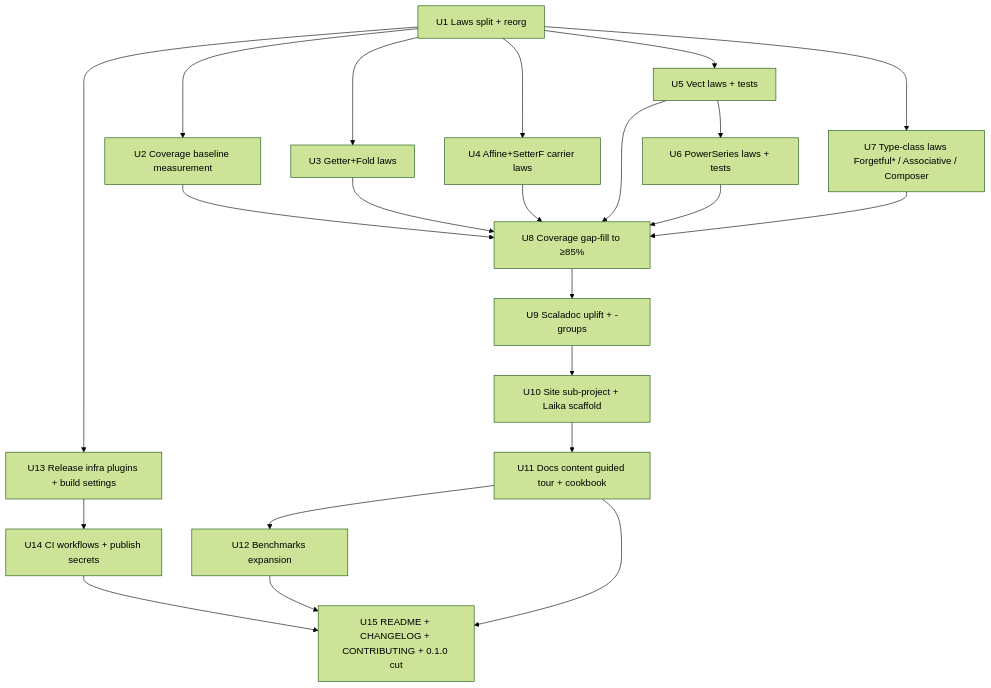
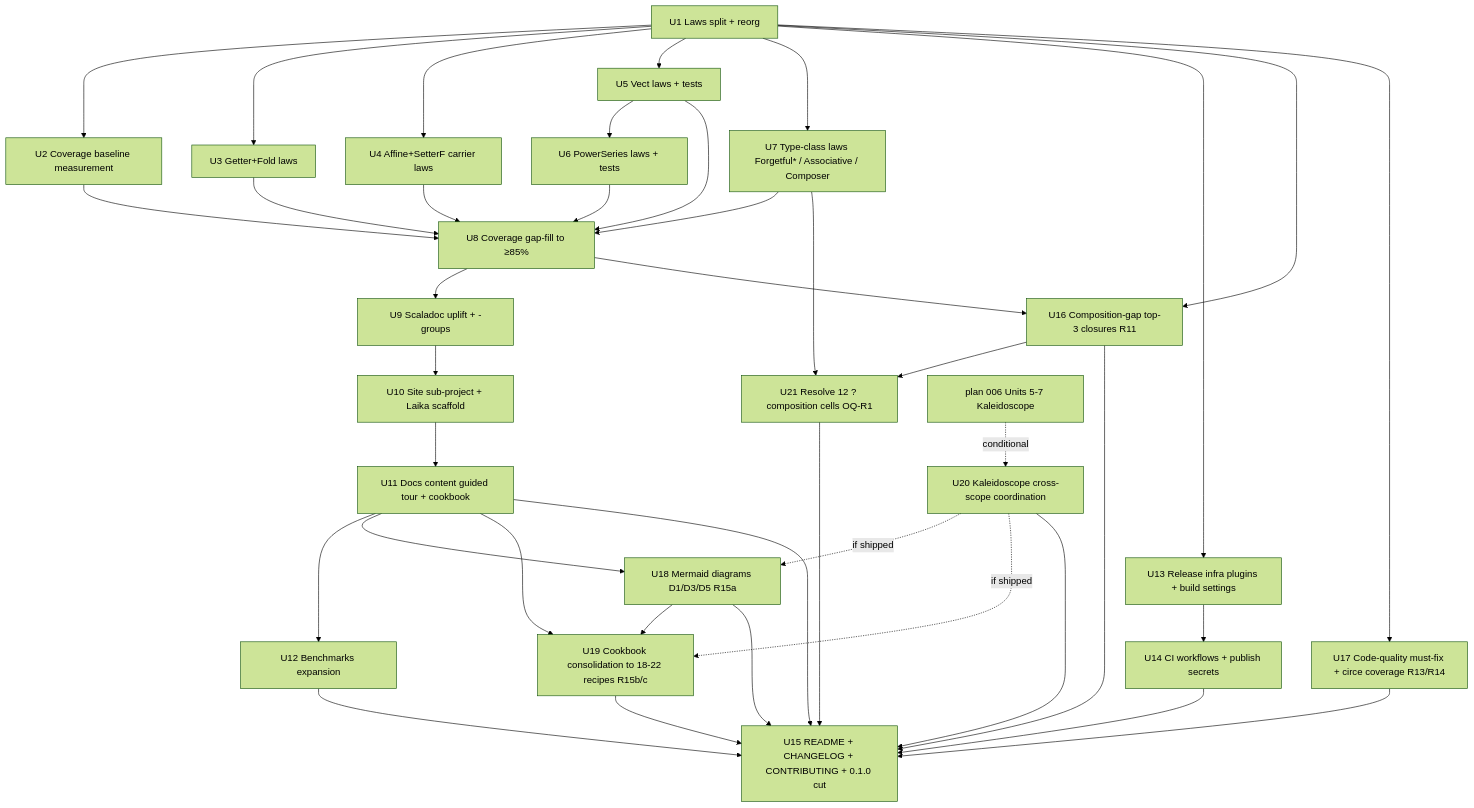
The first of 2 diagrams in docs/plans/2026-04-17-001-feat-production-readiness-laws-docs-plan.md (Constructive-Programming/eo), drawn with Mermaid (forest theme) before and after one commit. The commit also changed other lines of this file, not shown here.

First line of the commit message:
docs(plan): integrate composition / quality / cookbook reviews into 0.1.0 plan

````diff
--- a/docs/plans/2026-04-17-001-feat-production-readiness-laws-docs-plan.md
+++ b/docs/plans/2026-04-17-001-feat-production-readiness-laws-docs-plan.md
@@ -423,24 +571,46 @@
 ```mermaid
 flowchart TB
   U1[U1 Laws split + reorg] --> U2[U2 Coverage baseline measurement]
   U1 --> U3[U3 Getter+Fold laws]
   U1 --> U4[U4 Affine+SetterF carrier laws]
   U1 --> U5[U5 Vect laws + tests]
   U5 --> U6[U6 PowerSeries laws + tests]
   U1 --> U7[U7 Type-class laws Forgetful* / Associative / Composer]
   U2 --> U8[U8 Coverage gap-fill to ≥85%]
   U3 --> U8
   U4 --> U8
   U5 --> U8
   U6 --> U8
   U7 --> U8
   U8 --> U9[U9 Scaladoc uplift + -groups]
   U9 --> U10[U10 Site sub-project + Laika scaffold]
   U10 --> U11[U11 Docs content guided tour + cookbook]
   U11 --> U12[U12 Benchmarks expansion]
   U1 --> U13[U13 Release infra plugins + build settings]
   U13 --> U14[U14 CI workflows + publish secrets]
+
+  %% 2026-04-24 revision — composition / quality / cookbook / diagrams
+  U1 --> U16[U16 Composition-gap top-3 closures R11]
+  U8 --> U16
+  U1 --> U17[U17 Code-quality must-fix + circe coverage R13/R14]
+  U11 --> U18[U18 Mermaid diagrams D1/D3/D5 R15a]
+  U11 --> U19[U19 Cookbook consolidation to 18-22 recipes R15b/c]
+  U18 --> U19
+  U16 --> U21[U21 Resolve 12 ? composition cells OQ-R1]
+  U7 --> U21
+
+  %% Kaleidoscope 006 conditional
+  K006[plan 006 Units 5-7 Kaleidoscope] -.->|conditional| U20[U20 Kaleidoscope cross-scope coordination]
+  U20 -.->|if shipped| U18
+  U20 -.->|if shipped| U19
+
   U14 --> U15[U15 README + CHANGELOG + CONTRIBUTING + 0.1.0 cut]
   U12 --> U15
   U11 --> U15
+  U16 --> U15
+  U17 --> U15
+  U18 --> U15
+  U19 --> U15
+  U20 --> U15
+  U21 --> U15
 ```
````
